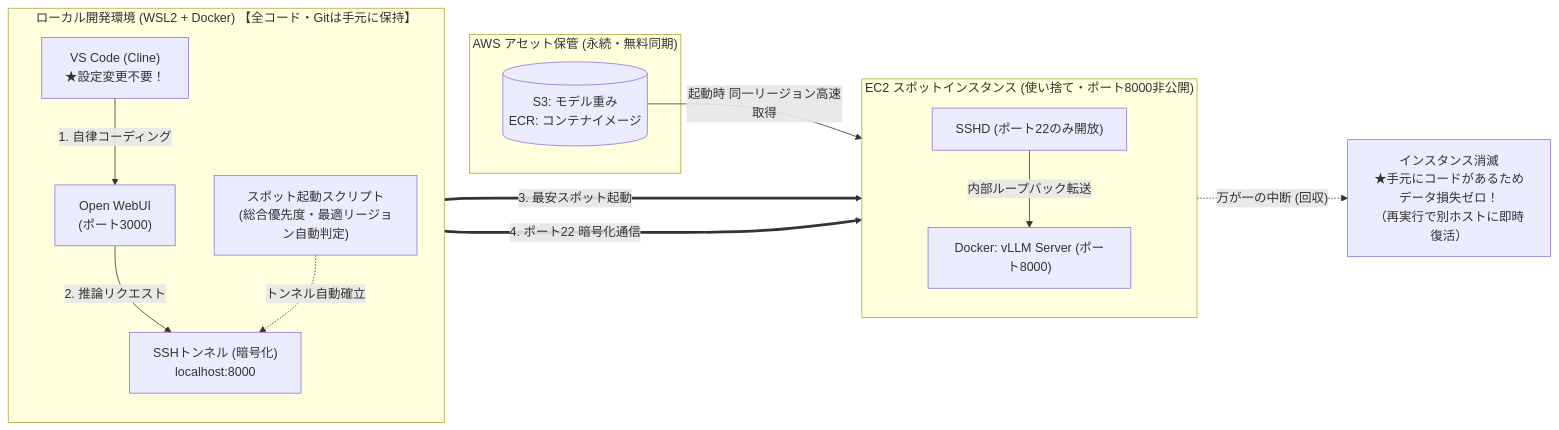
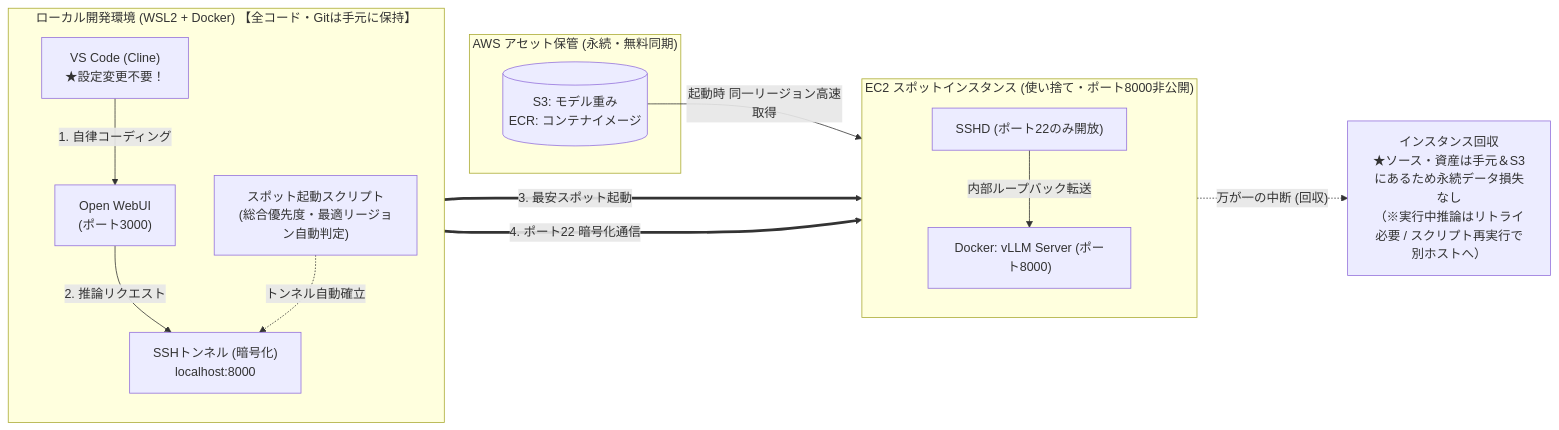
Before and after one commit to mamezou-tech/mamezou-tech-site: the diagram in src/posts/blogs/2026/1002_vllm_spot_instance.md, drawn with Mermaid. The commit also changed other lines of this file, not shown here.

````diff
--- a/src/posts/blogs/2026/1002_vllm_spot_instance.md
+++ b/src/posts/blogs/2026/1002_vllm_spot_instance.md
@@ -87,31 +96,31 @@
 ```mermaid
 flowchart LR
     subgraph Client ["ローカル開発環境 (WSL2 + Docker) 【全コード・Gitは手元に保持】"]
         direction TB
         Cline["VS Code (Cline)<br>★設定変更不要！"]
         OpenWebUI["Open WebUI<br>(ポート3000)"]
         SSHTunnel["SSHトンネル (暗号化)<br>localhost:8000"]
         LaunchScript["スポット起動スクリプト<br>(総合優先度・最適リージョン自動判定)"]
 
         Cline -->|"1. 自律コーディング"| OpenWebUI
         OpenWebUI -->|"2. 推論リクエスト"| SSHTunnel
         LaunchScript -.->|"トンネル自動確立"| SSHTunnel
     end
 
     subgraph SpotEC2 ["EC2 スポットインスタンス (使い捨て・ポート8000非公開)"]
         direction TB
         SSHD["SSHD (ポート22のみ開放)"]
         vLLM["Docker: vLLM Server (ポート8000)"]
         SSHD -->|内部ループバック転送| vLLM
     end
 
     subgraph Storage ["AWS アセット保管 (永続・無料同期)"]
         Assets[("S3: モデル重み<br>ECR: コンテナイメージ")]
     end
 
     LaunchScript ==>|"3. 最安スポット起動"| SSHD
     SSHTunnel == "4. ポート22 暗号化通信" ===> SSHD
     Assets -->|起動時 同一リージョン高速取得| vLLM
 
-    SpotEC2 -.->|"万が一の中断 (回収)"| Lost["インスタンス消滅<br>★手元にコードがあるためデータ損失ゼロ！<br>（再実行で別ホストに即時復活）"]
+    SpotEC2 -.->|"万が一の中断 (回収)"| Lost["インスタンス回収<br>★ソース・資産は手元＆S3にあるため永続データ損失なし<br>（※実行中推論はリトライ必要 / スクリプト再実行で別ホストへ）"]
 ```
````
